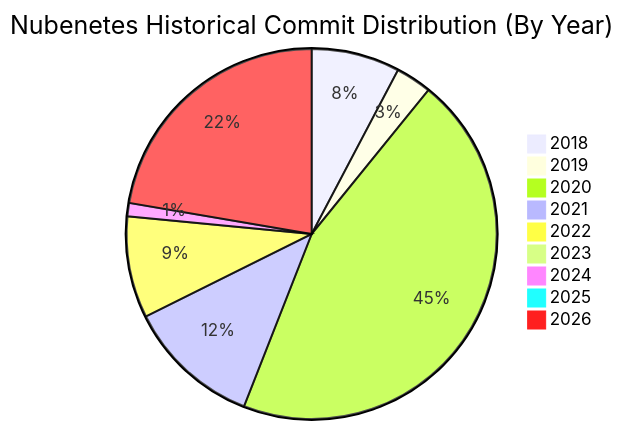
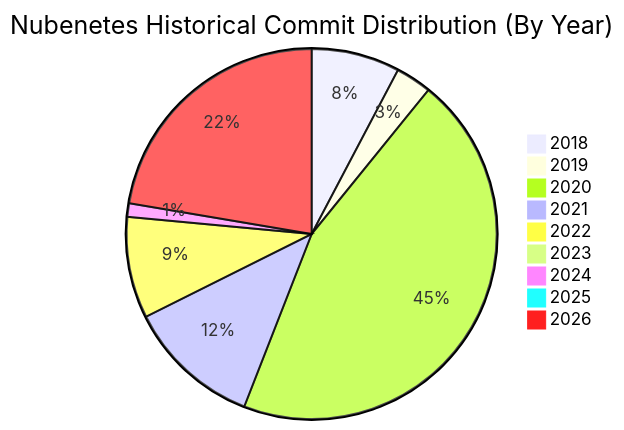
One commit to nubenetes/awesome-kubernetes changed the first of 11 diagrams in README.md. Above: the diagram before and after it, drawn with Mermaid. The commit also changed other lines of this file, not shown here.

````diff
--- a/README.md
+++ b/README.md
@@ -170,12 +170,12 @@
 ```mermaid
 pie title Nubenetes Historical Commit Distribution (By Year)
     "2018" : 350
     "2019" : 142
     "2020" : 2046
     "2021" : 531
     "2022" : 402
     "2023" : 30
     "2024" : 53
     "2025" : 5
-    "2026" : 1012
+    "2026" : 1014
 ```
````
